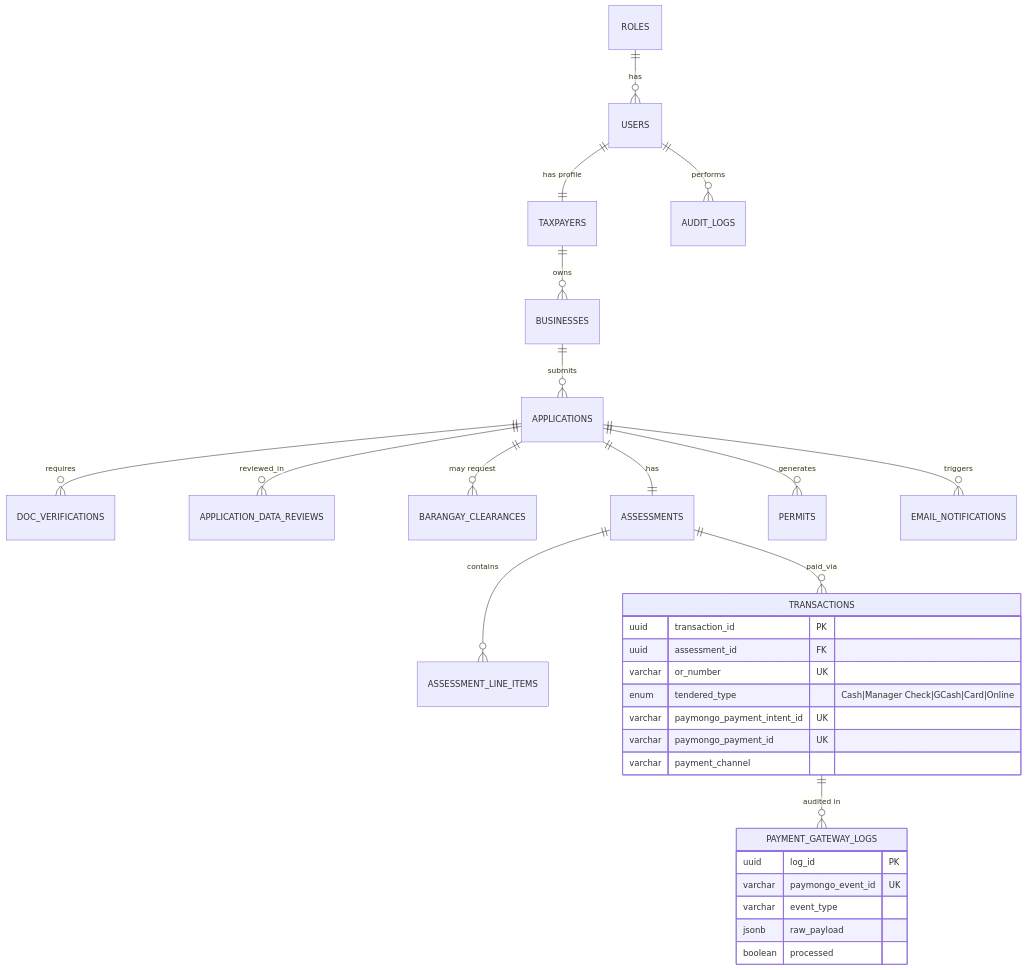
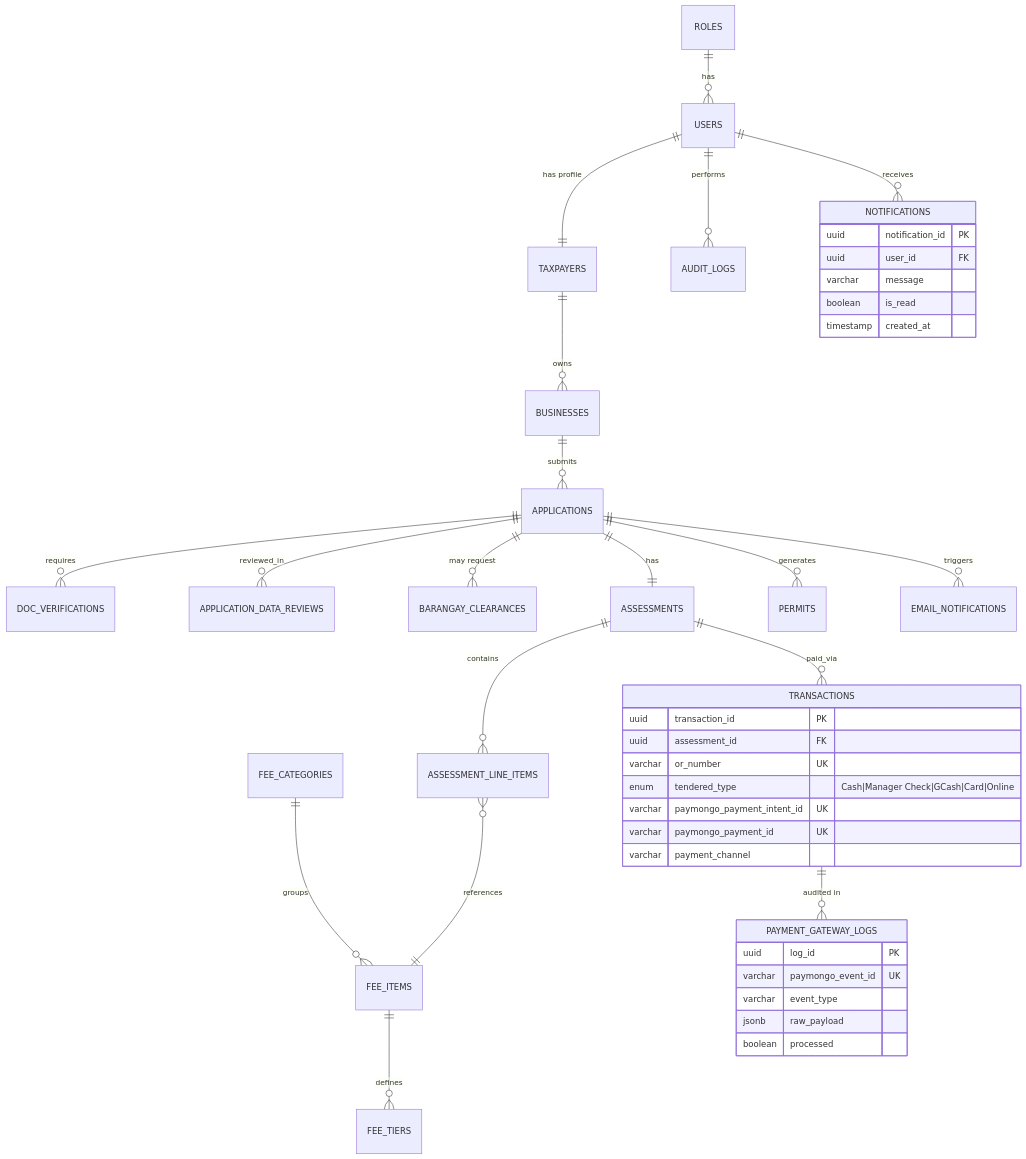
Before and after one commit to albuerocedrick/ebpls: the fourth of 6 diagrams in system-planning/eBPLS_System_Architecture.md, drawn with Mermaid. The commit also changed other lines of this file and 9 other files, not shown here.

````diff
--- a/system-planning/eBPLS_System_Architecture.md
+++ b/system-planning/eBPLS_System_Architecture.md
@@ -282,34 +292,45 @@
 ```mermaid
 erDiagram
     ROLES ||--o{ USERS : has
     USERS ||--|| TAXPAYERS : "has profile"
     TAXPAYERS ||--o{ BUSINESSES : owns
     BUSINESSES ||--o{ APPLICATIONS : submits
     APPLICATIONS ||--o{ DOC_VERIFICATIONS : requires
     APPLICATIONS ||--o{ APPLICATION_DATA_REVIEWS : reviewed_in
     APPLICATIONS ||--o{ BARANGAY_CLEARANCES : "may request"
     APPLICATIONS ||--|| ASSESSMENTS : has
     ASSESSMENTS ||--o{ ASSESSMENT_LINE_ITEMS : contains
+    FEE_CATEGORIES ||--o{ FEE_ITEMS : groups
+    FEE_ITEMS ||--o{ FEE_TIERS : defines
+    ASSESSMENT_LINE_ITEMS }o--|| FEE_ITEMS : references
     ASSESSMENTS ||--o{ TRANSACTIONS : paid_via
     TRANSACTIONS ||--o{ PAYMENT_GATEWAY_LOGS : "audited in"
     APPLICATIONS ||--o{ PERMITS : generates
     APPLICATIONS ||--o{ EMAIL_NOTIFICATIONS : triggers
     USERS ||--o{ AUDIT_LOGS : performs
+    USERS ||--o{ NOTIFICATIONS : receives
 
     TRANSACTIONS {
         uuid transaction_id PK
         uuid assessment_id FK
         varchar or_number UK
         enum tendered_type "Cash|Manager Check|GCash|Card|Online"
         varchar paymongo_payment_intent_id UK
         varchar paymongo_payment_id UK
         varchar payment_channel
     }
     PAYMENT_GATEWAY_LOGS {
         uuid log_id PK
         varchar paymongo_event_id UK
         varchar event_type
         jsonb raw_payload
         boolean processed
     }
+    NOTIFICATIONS {
+        uuid notification_id PK
+        uuid user_id FK
+        varchar message
+        boolean is_read
+        timestamp created_at
+    }
 ```
````
